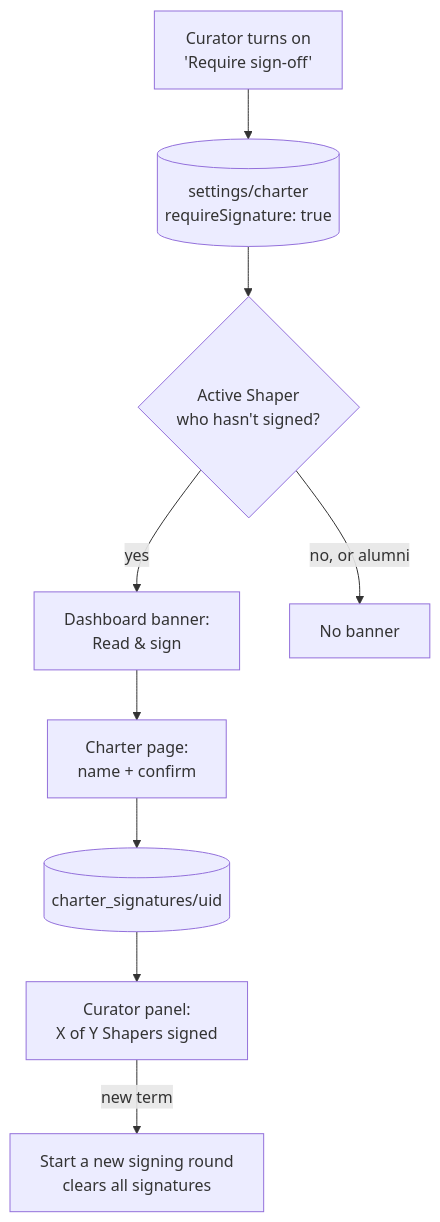
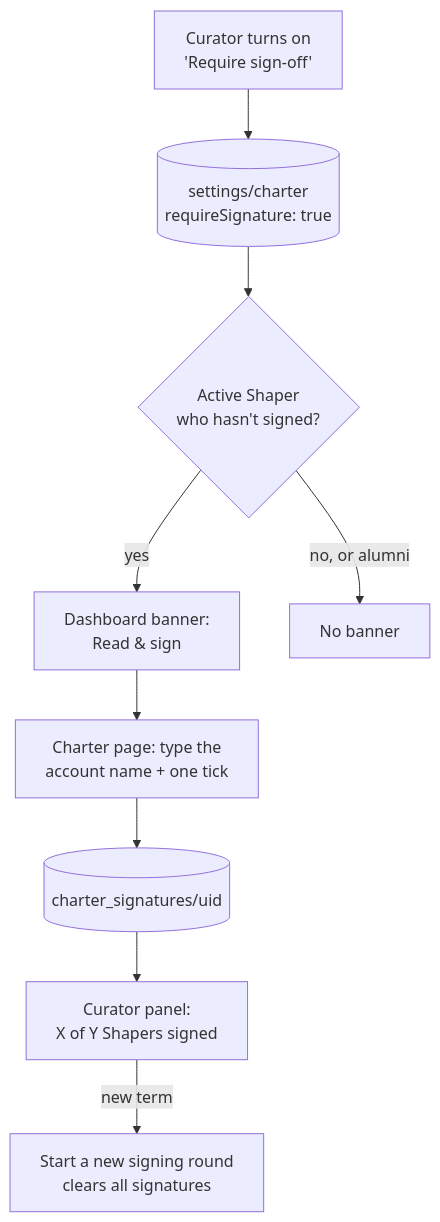
The seventh of 12 diagrams in docs/HOW-IT-WORKS.md (The-Dark-Ranger/Jeddah-Hub), drawn with Mermaid before and after one commit. The commit also changed other lines of this file and 68 other files, not shown here.

First line of the commit message:
Shaper activity proposals, news photos, Charter sign-off, fixes (#200)

````diff
--- a/docs/HOW-IT-WORKS.md
+++ b/docs/HOW-IT-WORKS.md
@@ -226,10 +247,10 @@
 ```mermaid
 flowchart TD
     C[Curator turns on<br/>'Require sign-off'] --> S[(settings/charter<br/>requireSignature: true)]
     S --> B{Active Shaper<br/>who hasn't signed?}
-    B -->|yes| N[Dashboard banner:<br/>Read & sign] --> F[Charter page:<br/>name + confirm]
+    B -->|yes| N[Dashboard banner:<br/>Read & sign] --> F[Charter page: type the<br/>account name + one tick]
     B -->|no, or alumni| Q[No banner]
     F --> G[(charter_signatures/uid)]
     G --> P[Curator panel:<br/>X of Y Shapers signed]
     P -->|new term| R[Start a new signing round<br/>clears all signatures]
 ```
````
